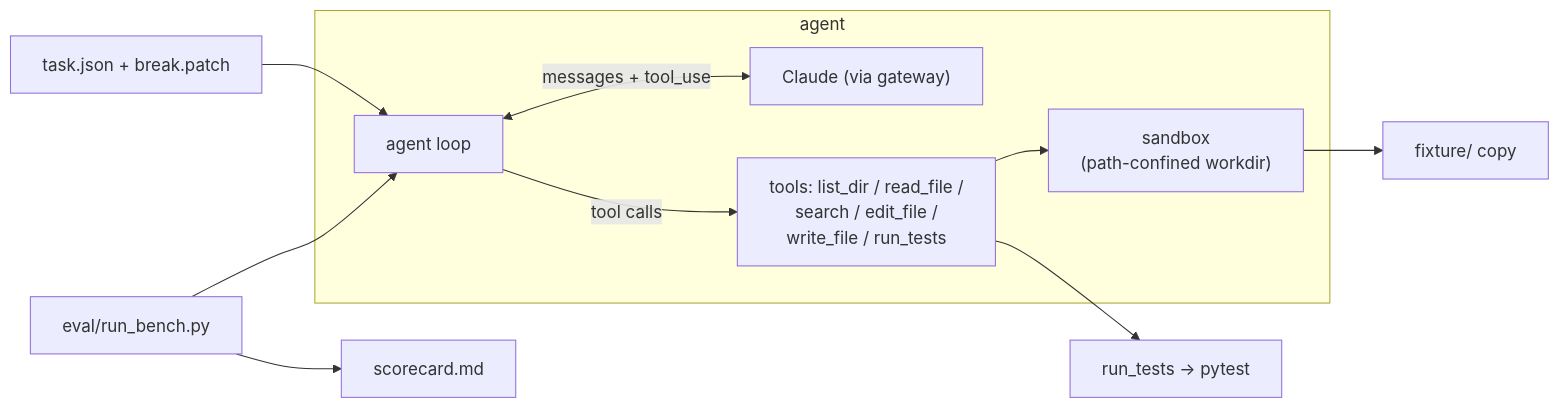
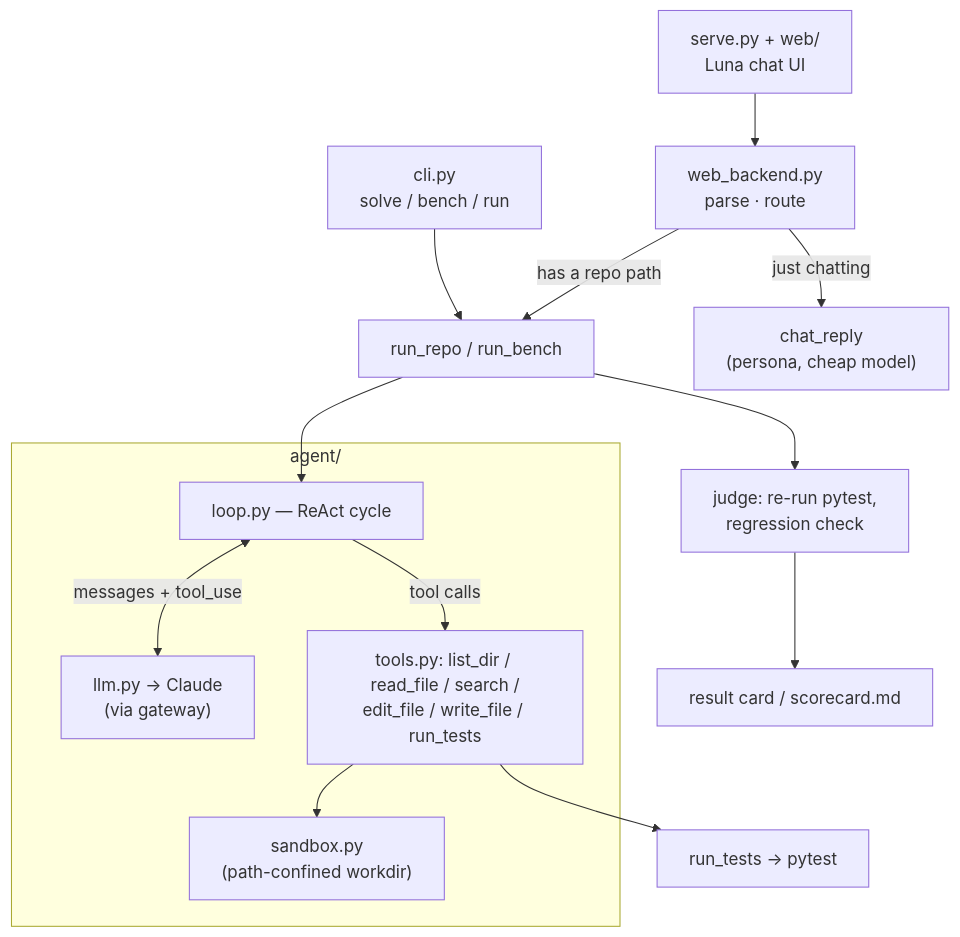
Before and after one commit to Tsukishiro-Hitomi/Luna: the diagram in README.md, drawn with Mermaid. The commit also changed other lines of this file and 24 other files, not shown here.

````diff
--- a/README.md
+++ b/README.md
@@ -29,13 +55,17 @@
 ```mermaid
-flowchart LR
-    task["task.json + break.patch"] --> loop
-    subgraph agent
-      loop["agent loop"] <-->|messages + tool_use| llm["Claude (via gateway)"]
-      loop -->|tool calls| tools["tools: list_dir / read_file /\nsearch / edit_file /\nwrite_file / run_tests"]
-      tools --> sandbox["sandbox\n(path-confined workdir)"]
+flowchart TD
+    cli["cli.py<br/>solve / bench / run"]
+    web["serve.py + web/<br/>Luna chat UI"] --> backend["web_backend.py<br/>parse · route"]
+    backend -->|has a repo path| repo
+    backend -->|just chatting| chat["chat_reply<br/>(persona, cheap model)"]
+    cli --> repo["run_repo / run_bench"]
+    repo --> loop
+    subgraph agent["agent/"]
+      loop["loop.py — ReAct cycle"] <-->|messages + tool_use| llm["llm.py → Claude<br/>(via gateway)"]
+      loop -->|tool calls| tools["tools.py: list_dir / read_file / search /<br/>edit_file / write_file / run_tests"]
+      tools --> sandbox["sandbox.py<br/>(path-confined workdir)"]
     end
-    sandbox --> fx["fixture/ copy"]
     tools --> pytest["run_tests → pytest"]
-    bench["eval/run_bench.py"] --> loop
-    bench --> card["scorecard.md"]
+    repo --> judge["judge: re-run pytest,<br/>regression check"]
+    judge --> out["result card / scorecard.md"]
 ```
````
